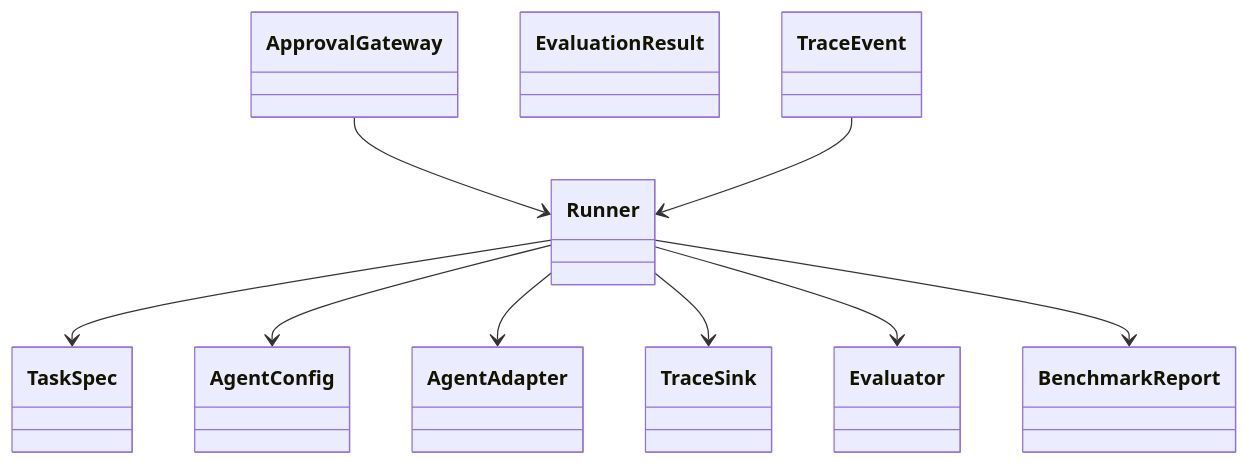
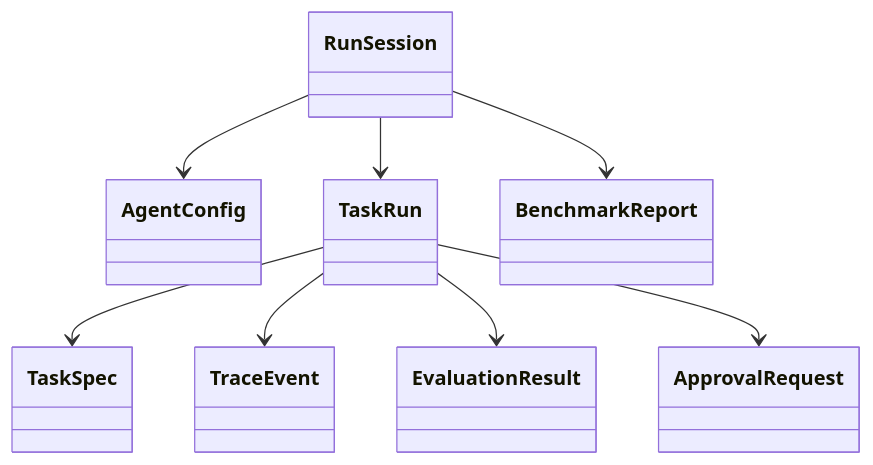
Before and after one commit to reiidoda/OpenRe: the second of 4 diagrams in docs/26_design_principles_and_uml.md, drawn with Mermaid. The commit also changed other lines of this file and 40 other files, not shown here.

Commit message:
docs(product): align OpenRe vision, roadmap, and execution plan

````diff
--- a/docs/26_design_principles_and_uml.md
+++ b/docs/26_design_principles_and_uml.md
@@ -21,22 +42,19 @@
 ```mermaid
 classDiagram
-  class Runner
   class TaskSpec
   class AgentConfig
+  class RunSession
+  class TaskRun
   class TraceEvent
   class EvaluationResult
+  class ApprovalRequest
   class BenchmarkReport
-  class AgentAdapter
-  class Evaluator
-  class TraceSink
-  class ApprovalGateway
 
-  Runner --> TaskSpec
-  Runner --> AgentConfig
-  Runner --> AgentAdapter
-  Runner --> TraceSink
-  Runner --> Evaluator
-  Runner --> BenchmarkReport
-  ApprovalGateway --> Runner
-  TraceEvent --> Runner
+  RunSession --> TaskRun
+  TaskRun --> TaskSpec
+  RunSession --> AgentConfig
+  TaskRun --> TraceEvent
+  TaskRun --> EvaluationResult
+  TaskRun --> ApprovalRequest
+  RunSession --> BenchmarkReport
 ```
````
